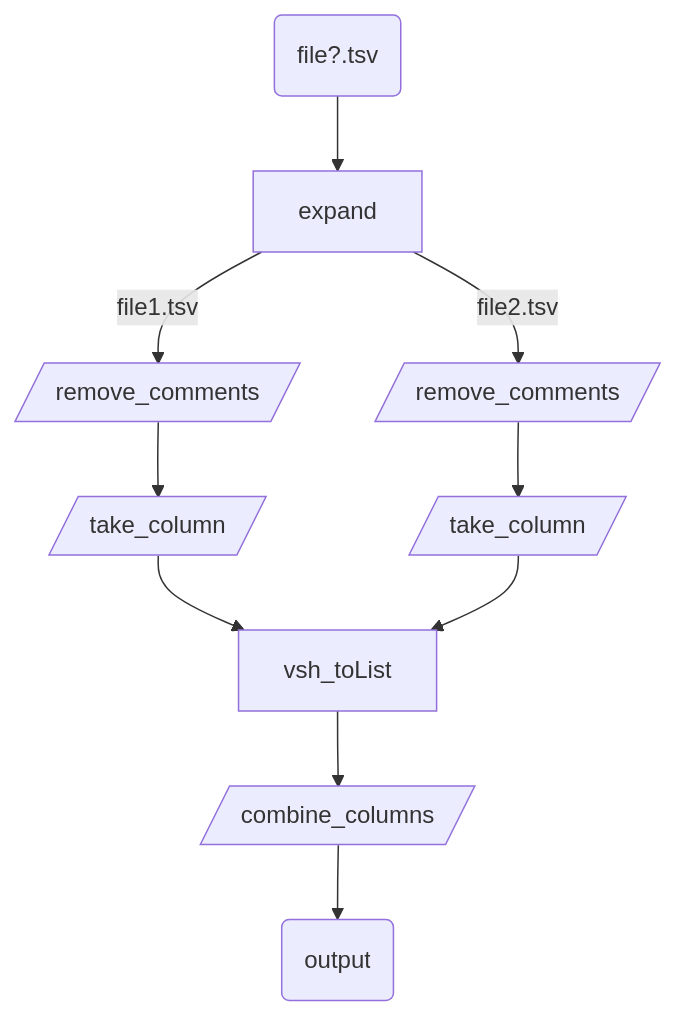
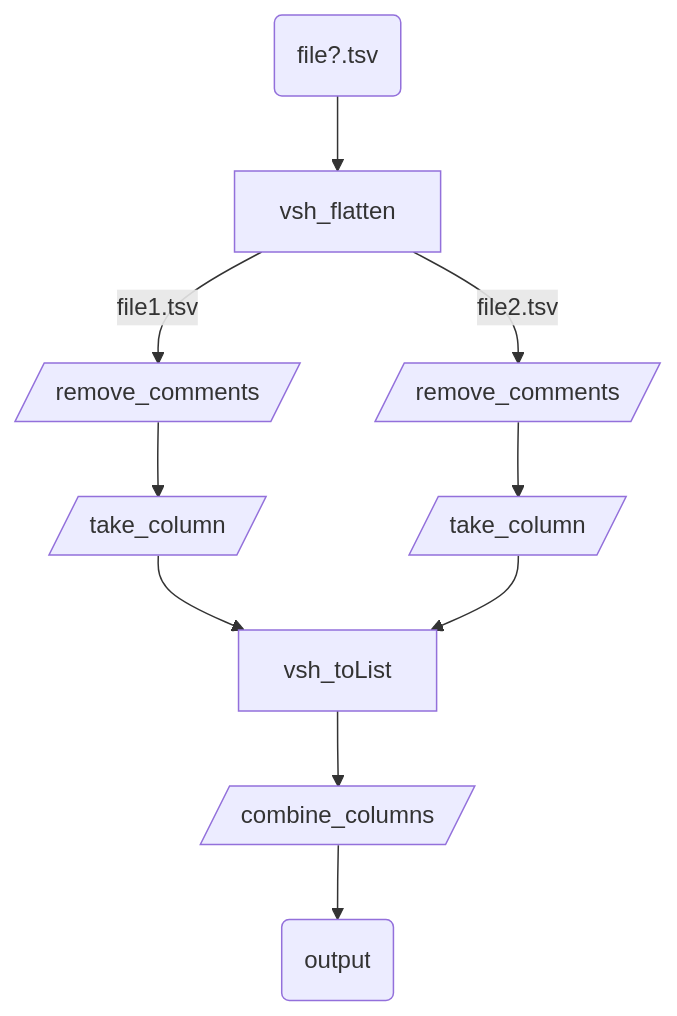
The diagram in quickstart/index.qmd (viash-io/website), drawn with Mermaid before and after one commit.

Commit message:
Rename expand -> vsh_flatten

````diff
--- a/quickstart/index.qmd
+++ b/quickstart/index.qmd
@@ -31,8 +31,8 @@
 ```{mermaid}
 graph TD
-   A(file?.tsv) --> X[expand] 
+   A(file?.tsv) --> X[vsh_flatten] 
    X --file1.tsv--> B1[/remove_comments/] --> C1[/take_column/] --> Y
    X --file2.tsv--> B2[/remove_comments/] --> C2[/take_column/] --> Y
    Y[vsh_toList] --> D[/combine_columns/]
    D --> E(output)
 ```
````
